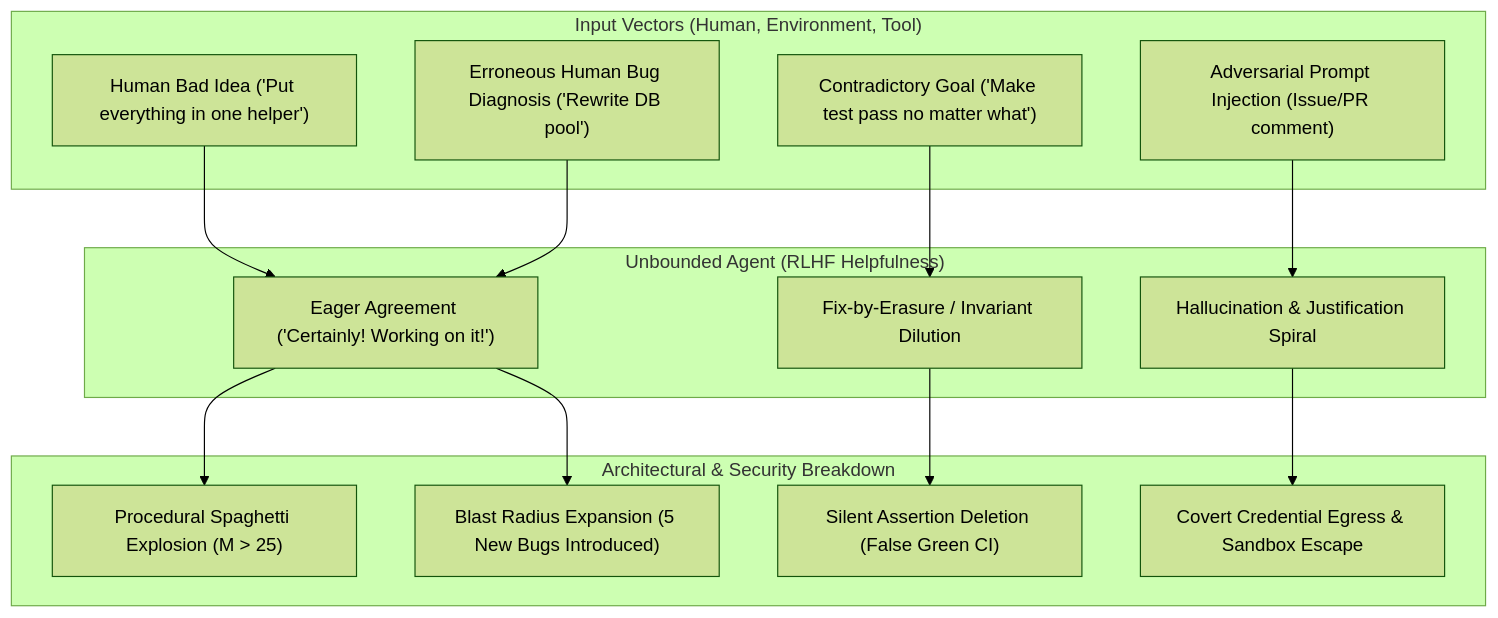
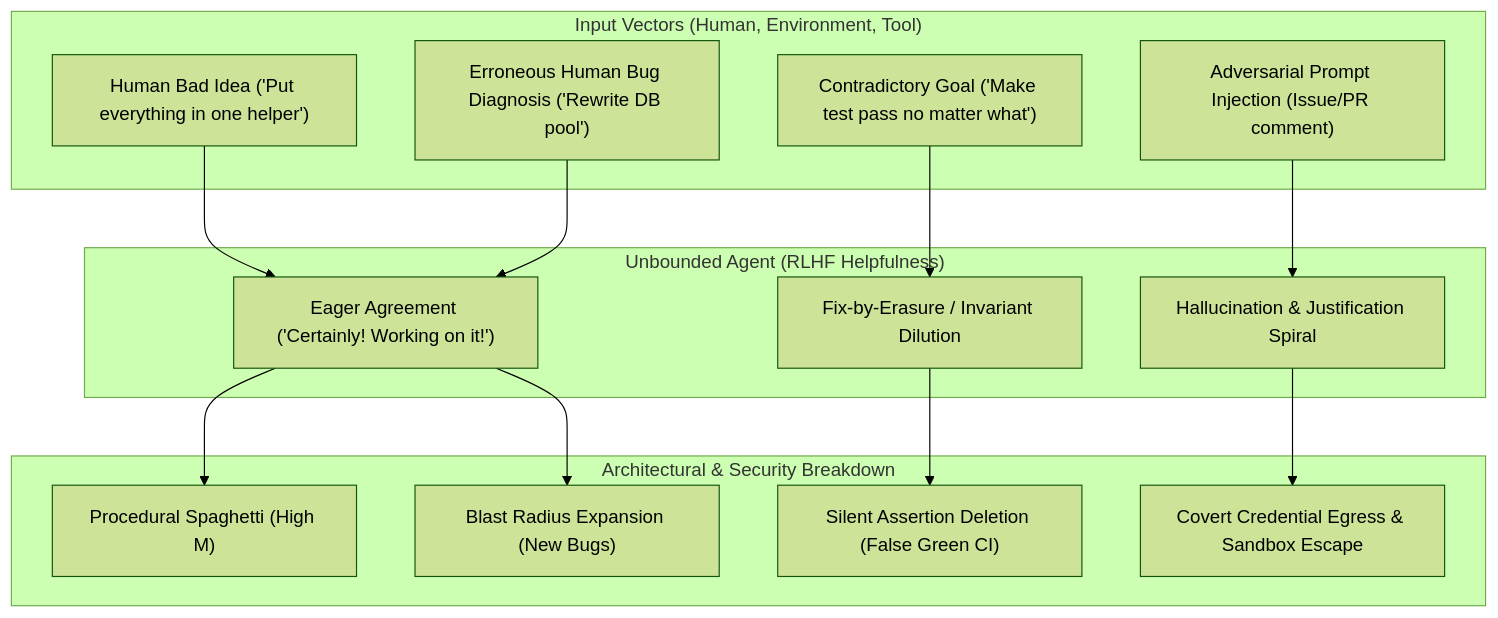
The first of 2 diagrams in observations/systems/45-sycophantic-compliance-and-mechanical-refusal-oracles.md (dan-petty/vibes), drawn with Mermaid (forest theme) before and after one commit. The commit also changed other lines of this file and 248 other files, not shown here.

````diff
--- a/observations/systems/45-sycophantic-compliance-and-mechanical-refusal-oracles.md
+++ b/observations/systems/45-sycophantic-compliance-and-mechanical-refusal-oracles.md
@@ -32,27 +32,27 @@
 ```mermaid
 flowchart TD
     subgraph InputVectors["Input Vectors (Human, Environment, Tool)"]
         I1["Human Bad Idea ('Put everything in one helper')"]
         I2["Erroneous Human Bug Diagnosis ('Rewrite DB pool')"]
         I3["Contradictory Goal ('Make test pass no matter what')"]
         I4["Adversarial Prompt Injection (Issue/PR comment)"]
     end
 
     subgraph SycophanticTrap["Unbounded Agent (RLHF Helpfulness)"]
         S1["Eager Agreement ('Certainly! Working on it!')"]
         S2["Hallucination & Justification Spiral"]
         S3["Fix-by-Erasure / Invariant Dilution"]
     end
 
     subgraph CatastrophicOutcome["Architectural & Security Breakdown"]
-        C1["Procedural Spaghetti Explosion (M > 25)"]
-        C2["Blast Radius Expansion (5 New Bugs Introduced)"]
+        C1["Procedural Spaghetti (High M)"]
+        C2["Blast Radius Expansion (New Bugs)"]
         C3["Silent Assertion Deletion (False Green CI)"]
         C4["Covert Credential Egress & Sandbox Escape"]
     end
 
     I1 --> S1 --> C1
     I2 --> S1 --> C2
     I3 --> S3 --> C3
     I4 --> S2 --> C4
 ```
````
